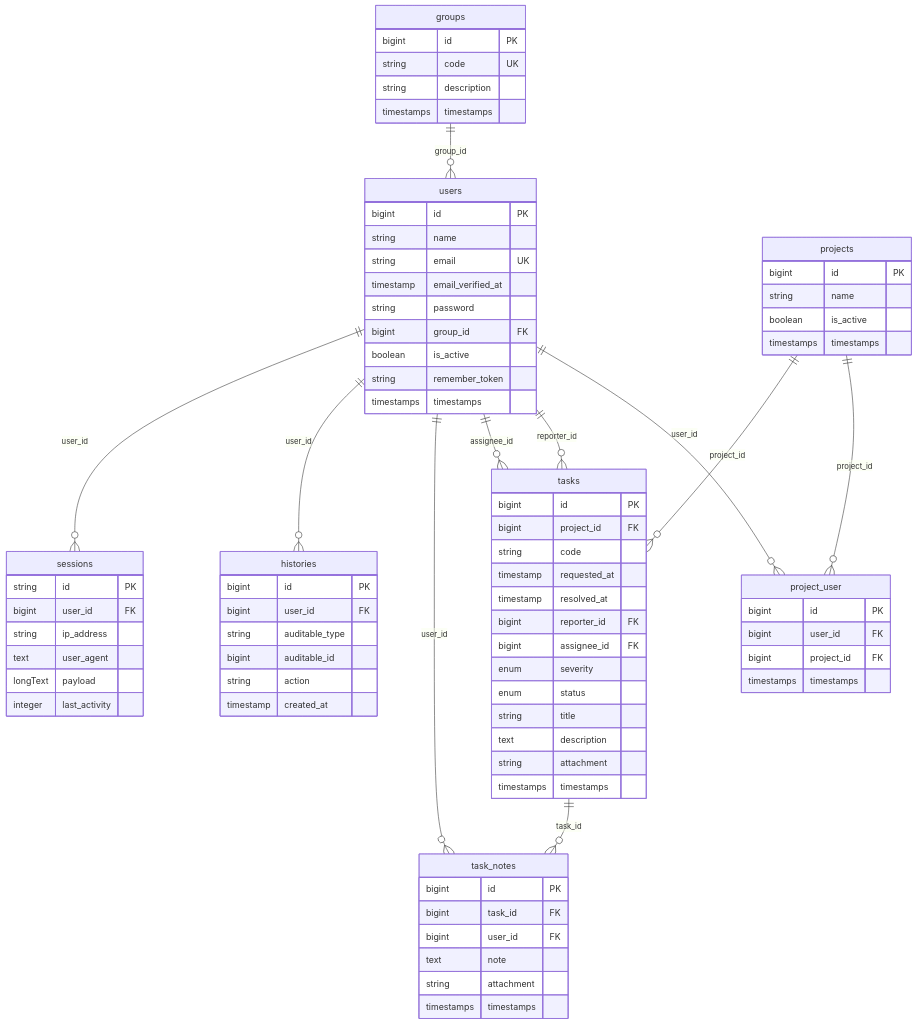
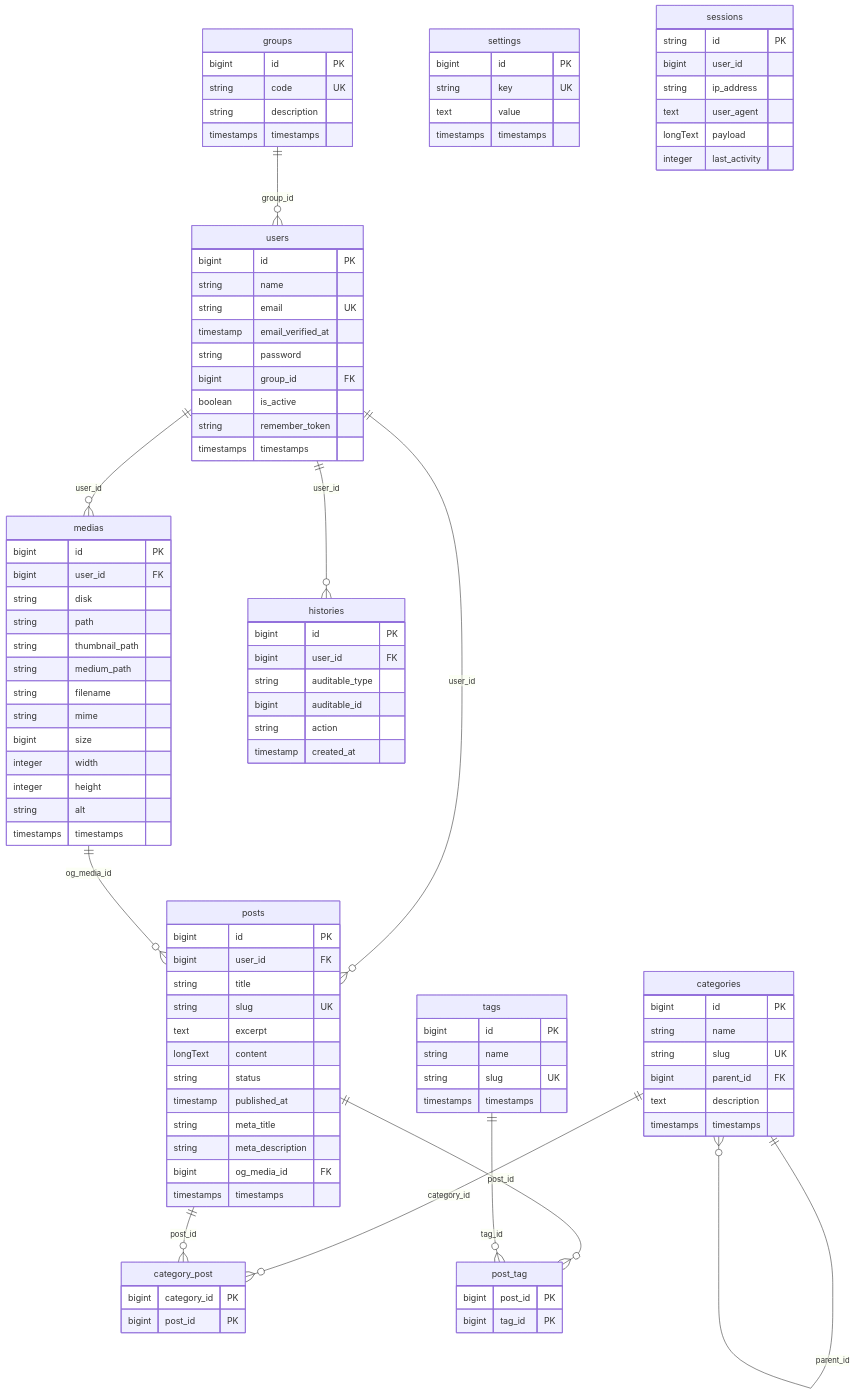
One commit to WalissonMariano/cms changed the diagram in docs/database.md. Above: the diagram before and after it, drawn with Mermaid. The commit also changed other lines of this file and 24 other files, not shown here.

````diff
--- a/docs/database.md
+++ b/docs/database.md
@@ -20,15 +23,15 @@
 ```mermaid
 erDiagram
   groups ||--o{ users : "group_id"
-  users ||--o{ project_user : "user_id"
-  projects ||--o{ project_user : "project_id"
-  projects ||--o{ tasks : "project_id"
-  users ||--o{ tasks : "reporter_id"
-  users ||--o{ tasks : "assignee_id"
-  tasks ||--o{ task_notes : "task_id"
-  users ||--o{ task_notes : "user_id"
+  users ||--o{ posts : "user_id"
+  users ||--o{ medias : "user_id"
   users ||--o{ histories : "user_id"
-  users ||--o{ sessions : "user_id"
+  categories ||--o{ categories : "parent_id"
+  categories ||--o{ category_post : "category_id"
+  posts ||--o{ category_post : "post_id"
+  posts ||--o{ post_tag : "post_id"
+  tags ||--o{ post_tag : "tag_id"
+  medias ||--o{ posts : "og_media_id"
 
   groups {
     bigint id PK
@@ -49,42 +52,67 @@
     timestamps timestamps
   }
 
-  projects {
+  categories {
     bigint id PK
     string name
-    boolean is_active
+    string slug UK
+    bigint parent_id FK
+    text description
     timestamps timestamps
   }
 
-  project_user {
+  tags {
     bigint id PK
-    bigint user_id FK
-    bigint project_id FK
+    string name
+    string slug UK
     timestamps timestamps
   }
 
-  tasks {
+  medias {
     bigint id PK
-    bigint project_id FK
-    string code
-    timestamp requested_at
-    timestamp resolved_at
-    bigint reporter_id FK
-    bigint assignee_id FK
-    enum severity
-    enum status
-    string title
-    text description
-    string attachment
+    bigint user_id FK
+    string disk
+    string path
+    string thumbnail_path
+    string medium_path
+    string filename
+    string mime
+    bigint size
+    integer width
+    integer height
+    string alt
     timestamps timestamps
   }
 
-  task_notes {
+  posts {
     bigint id PK
-    bigint task_id FK
     bigint user_id FK
-    text note
-    string attachment
+    string title
+    string slug UK
+    text excerpt
+    longText content
+    string status
+    timestamp published_at
+    string meta_title
+    string meta_description
+    bigint og_media_id FK
+    timestamps timestamps
+  }
+
+  category_post {
+    bigint category_id PK
+    bigint post_id PK
+  }
+
+  post_tag {
+    bigint post_id PK
+    bigint tag_id PK
+  }
+
+  settings {
+    bigint id PK
+    string key UK
+    text value
     timestamps timestamps
   }
 
@@ -99,7 +127,7 @@
 
   sessions {
     string id PK
-    bigint user_id FK
+    bigint user_id
     string ip_address
     text user_agent
     longText payload
````
